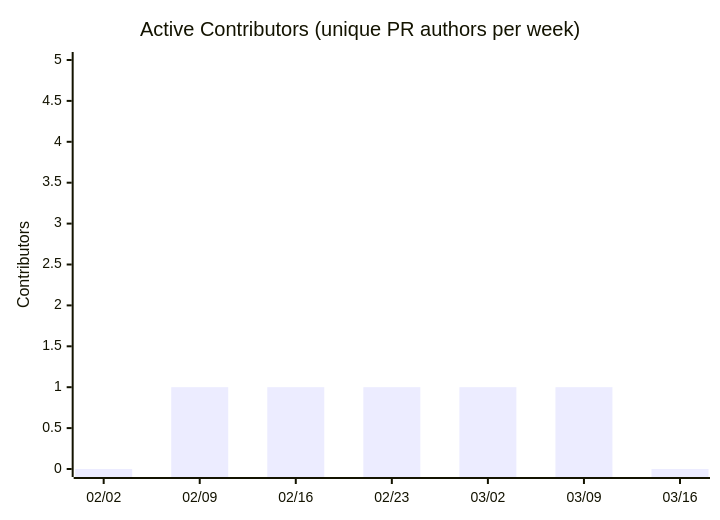
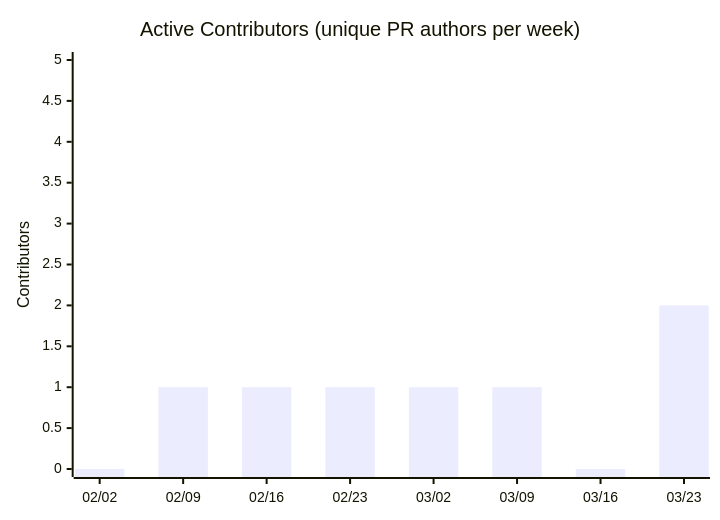
Before and after one commit to nablarch/nabledge-dev: the seventh of 14 diagrams in docs/metrics.md, drawn with Mermaid. The commit also changed other lines of this file and 2 other files, not shown here.

````diff
--- a/docs/metrics.md
+++ b/docs/metrics.md
@@ -109,7 +109,7 @@
 ```mermaid
 xychart-beta
   title "Active Contributors (unique PR authors per week)"
-  x-axis ["02/02", "02/09", "02/16", "02/23", "03/02", "03/09", "03/16"]
+  x-axis ["02/02", "02/09", "02/16", "02/23", "03/02", "03/09", "03/16", "03/23"]
   y-axis "Contributors" 0 --> 5
-  bar [0, 1, 1, 1, 1, 1, 0]
+  bar [0, 1, 1, 1, 1, 1, 0, 2]
 ```
````
